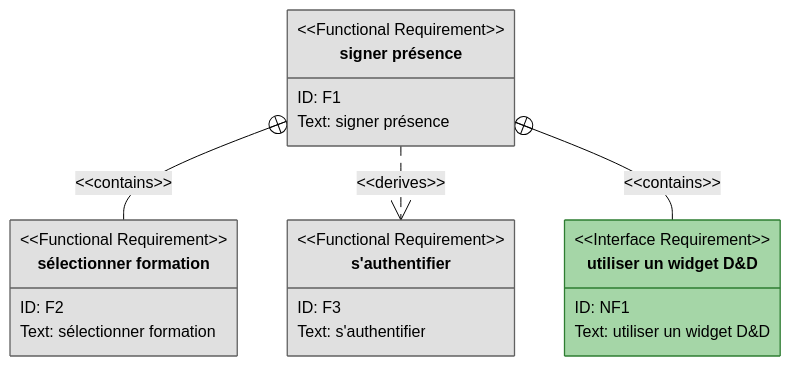
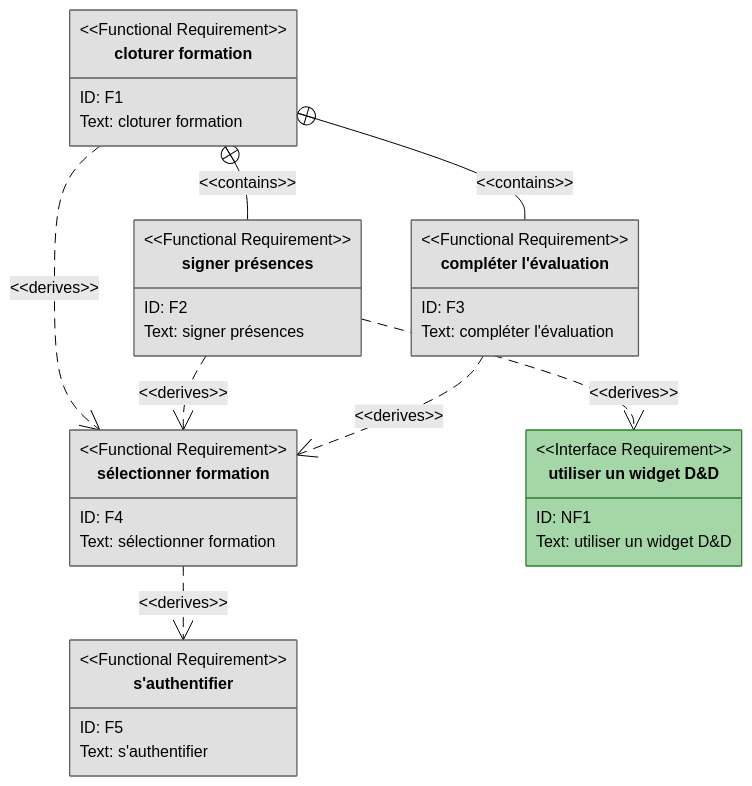
One commit to lamamram/261014-archi changed the diagram in exos/dat_requirements.mmd. Above: the diagram before and after it, drawn with Mermaid (forest theme). The commit also changed 6 other files, not shown here.

```diff
--- a/exos/dat_requirements.mmd
+++ b/exos/dat_requirements.mmd
@@ -1,35 +1,51 @@
 requirementDiagram
 
-functionalRequirement "signer présence" {
+functionalRequirement "cloturer formation" {
     id: F1
-    text: "signer présence"
+    text: "cloturer formation"
+}
+
+functionalRequirement "signer présences" {
+    id: F2
+    text: "signer présences"
+}
+
+functionalRequirement "compléter l'évaluation" {
+    id: F3
+    text: "compléter l'évaluation"
 }
 
 functionalRequirement "sélectionner formation" {
-    id: F2
+    id: F4
     text: "sélectionner formation"
 }
 
 functionalRequirement "s'authentifier" {
-    id: F3
+    id: F5
     text: "s'authentifier"
 }
 
 interfaceRequirement "utiliser un widget D&D" {
     id: NF1
     text: "utiliser un widget D&D"
 }
 
-"signer présence" - contains -> "sélectionner formation"
-"signer présence" - derives -> "s'authentifier"
-"signer présence" - contains -> "utiliser un widget D&D"
+"cloturer formation" - contains -> "signer présences"
+"cloturer formation" - contains -> "compléter l'évaluation"
+"cloturer formation" - derives -> "sélectionner formation"
+"signer présences" - derives -> "sélectionner formation"
+"compléter l'évaluation" - derives -> "sélectionner formation"
+"sélectionner formation" - derives -> "s'authentifier"
+"signer présences" - derives -> "utiliser un widget D&D"
 
 classDef simpleExigence fill:#e0e0e0,stroke:#616161,color:#000
 classDef utilisability fill:#a5d6a7,stroke:#2e7d32,color:#000
 classDef availability fill:#90caf9,stroke:#1565c0,color:#000
 classDef scalability fill:#ffcc80,stroke:#e65100,color:#000
 
-class "signer présence" simpleExigence
+class "cloturer formation" simpleExigence
+class "signer présences" simpleExigence
+class "compléter l'évaluation" simpleExigence
 class "sélectionner formation" simpleExigence
 class "s'authentifier" simpleExigence
 class "utiliser un widget D&D" utilisability
```
